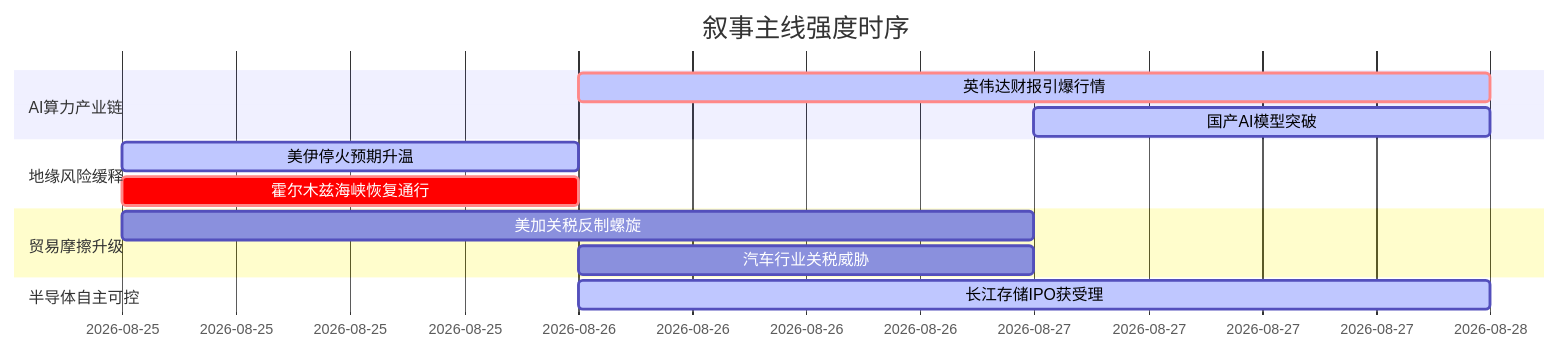
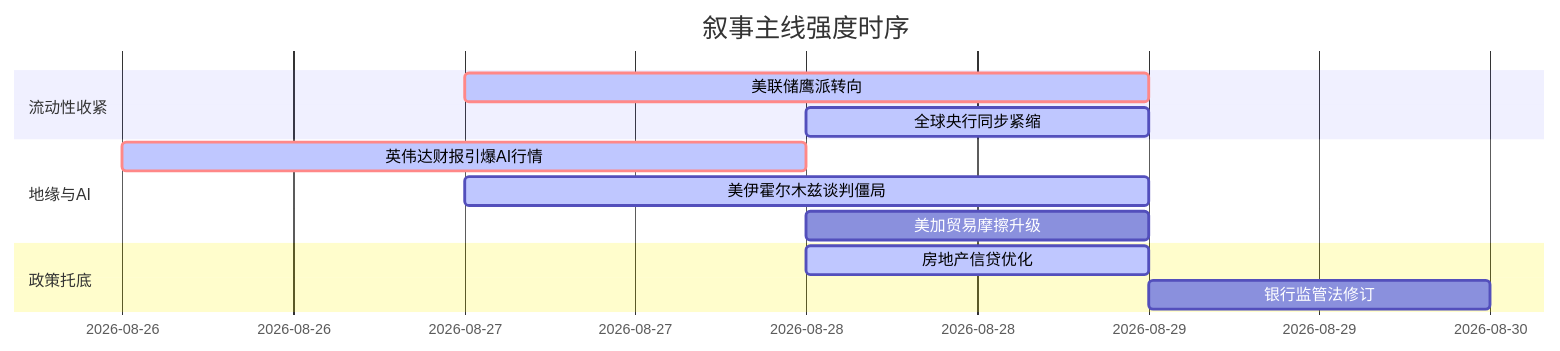
Before and after one commit to uu5zn/uu5zn.github.io: the diagram in 5day_report.md, drawn with Mermaid. The commit also changed other lines of this file and 24 other files, not shown here.

````diff
--- a/5day_report.md
+++ b/5day_report.md
@@ -73,19 +58,17 @@
 ```mermaid
 gantt
     title 叙事主线强度时序
     dateFormat YYYY-MM-DD
-    section AI算力产业链
-    英伟达财报引爆行情   :crit, active, 2026-08-26, 2d
-    国产AI模型突破      :active, 2026-08-27, 1d
+    section 流动性收紧
+    美联储鹰派转向   :crit, active, 2026-08-27, 2d
+    全球央行同步紧缩   :active, 2026-08-28, 1d
     
-    section 地缘风险缓释
-    美伊停火预期升温    :active, 2026-08-25, 1d
-    霍尔木兹海峡恢复通行 :crit, 2026-08-25, 1d
+    section 地缘与AI
+    英伟达财报引爆AI行情   :crit, active, 2026-08-26, 2d
+    美伊霍尔木兹谈判僵局   :active, 2026-08-27, 2d
+    美加贸易摩擦升级   :2026-08-28, 1d
     
-    section 贸易摩擦升级
-    美加关税反制螺旋    :2026-08-25, 2d
-    汽车行业关税威胁    :2026-08-26, 1d
-    
-    section 半导体自主可控
-    长江存储IPO获受理   :active, 2026-08-26, 2d
+    section 政策托底
+    房地产信贷优化   :active, 2026-08-28, 1d
+    银行监管法修订   :2026-08-29, 1d
 ```
````
